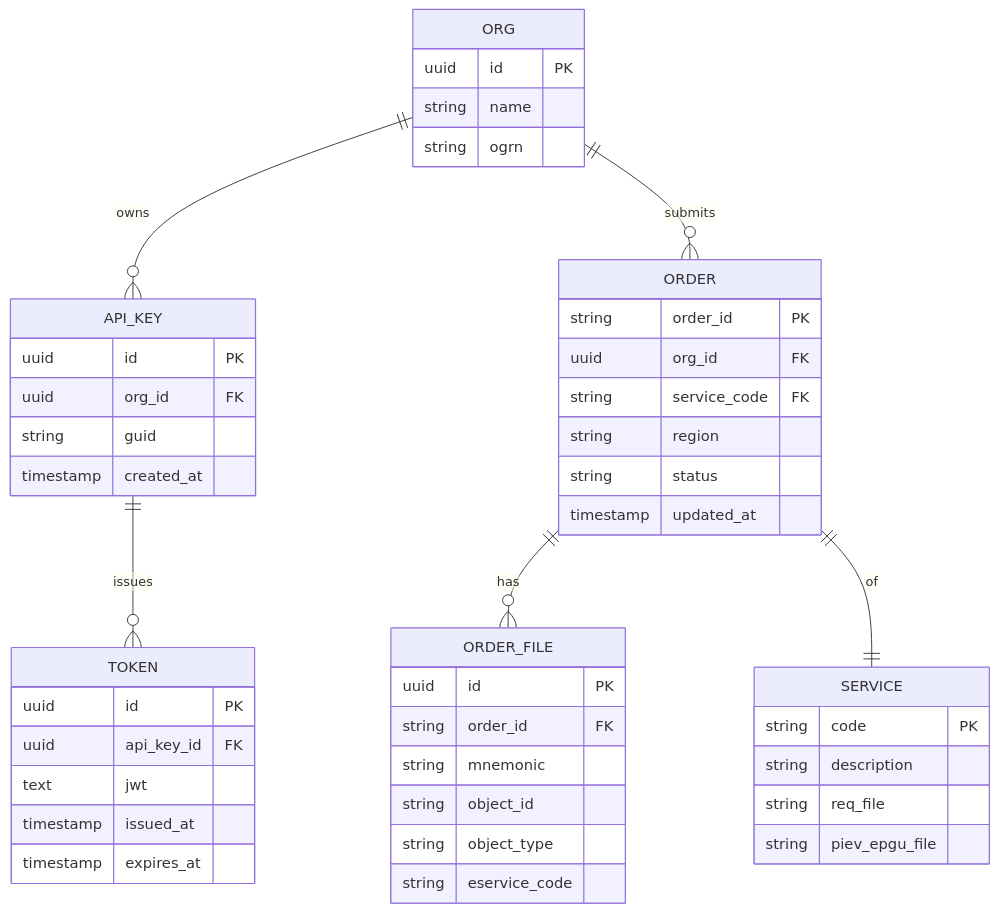
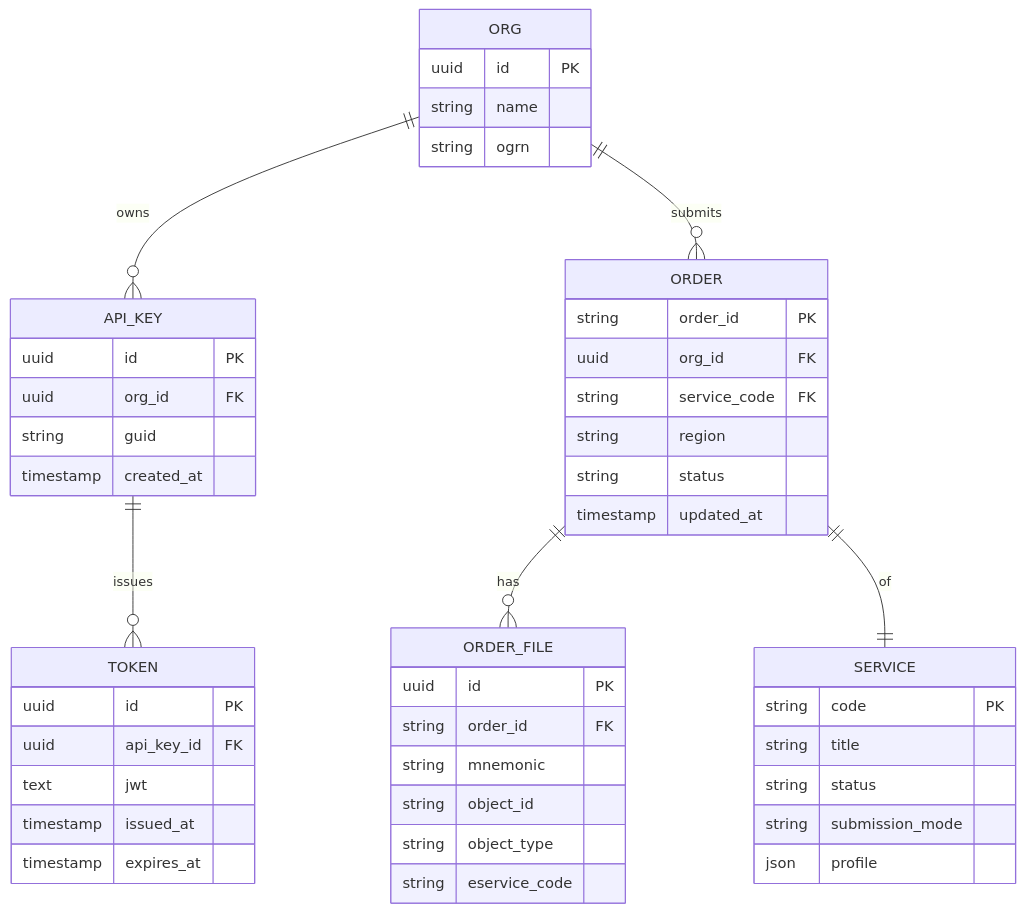
One commit to yellow444/epgu changed the diagram in docs/schemas.md. Above: the diagram before and after it, drawn with Mermaid. The commit also changed other lines of this file and 128 other files, not shown here.

````diff
--- a/docs/schemas.md
+++ b/docs/schemas.md
@@ -93,49 +107,50 @@
 ```mermaid
 erDiagram
     ORG ||--o{ API_KEY : owns
     API_KEY ||--o{ TOKEN : issues
     ORG ||--o{ ORDER : submits
     ORDER ||--o{ ORDER_FILE : has
     ORDER ||--|| SERVICE : of
 
     ORG {
         uuid id PK
         string name
         string ogrn
     }
     API_KEY {
         uuid id PK
         uuid org_id FK
         string guid
         timestamp created_at
     }
     TOKEN {
         uuid id PK
         uuid api_key_id FK
         text jwt
         timestamp issued_at
         timestamp expires_at
     }
     SERVICE {
         string code PK
-        string description
-        string req_file
-        string piev_epgu_file
+        string title
+        string status
+        string submission_mode
+        json profile
     }
     ORDER {
         string order_id PK
         uuid org_id FK
         string service_code FK
         string region
         string status
         timestamp updated_at
     }
     ORDER_FILE {
         uuid id PK
         string order_id FK
         string mnemonic
         string object_id
         string object_type
         string eservice_code
     }
 ```
````
